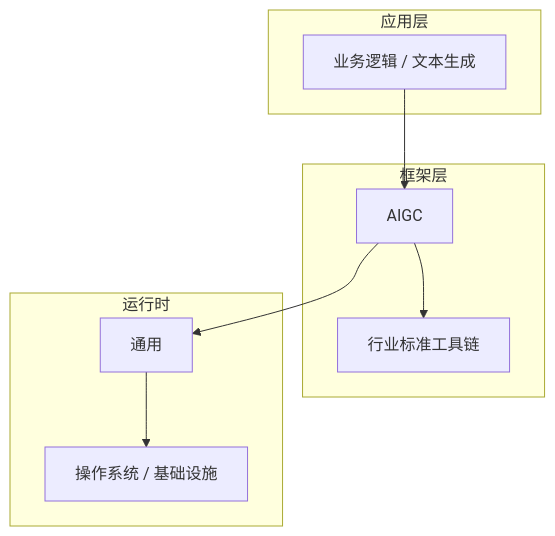
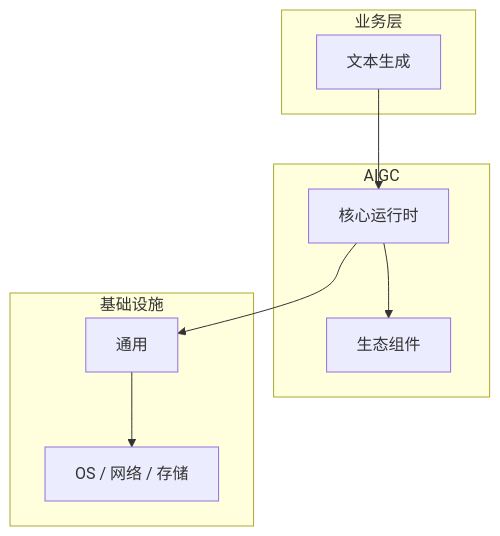
The diagram in articles/AIGC/chapters/008-文本生成核心概念与原理.md (yanggan2015/knowledge-json-v2), drawn with Mermaid before and after one commit. The commit also changed other lines of this file and 10127 other files, not shown here.

````diff
--- a/articles/AIGC/chapters/008-文本生成核心概念与原理.md
+++ b/articles/AIGC/chapters/008-文本生成核心概念与原理.md
@@ -45,18 +30,18 @@
 ```mermaid
 graph TB
-    subgraph 应用层
-        A[业务逻辑 / 文本生成]
+    subgraph 业务层
+        A[文本生成]
     end
-    subgraph 框架层
-        B[AIGC]
-        C[行业标准工具链]
+    subgraph AIGC
+        B[核心运行时]
+        C[生态组件]
     end
-    subgraph 运行时
+    subgraph 基础设施
         D[通用]
-        E[操作系统 / 基础设施]
+        E[OS / 网络 / 存储]
     end
     A --> B
     B --> C
     B --> D
     D --> E
 ```
````
